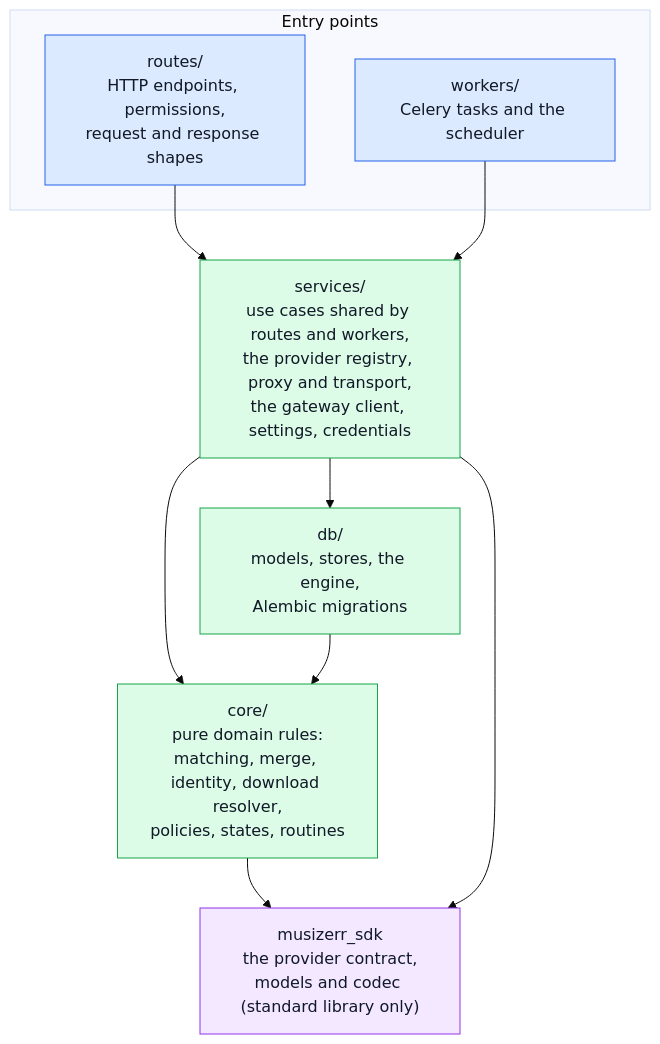
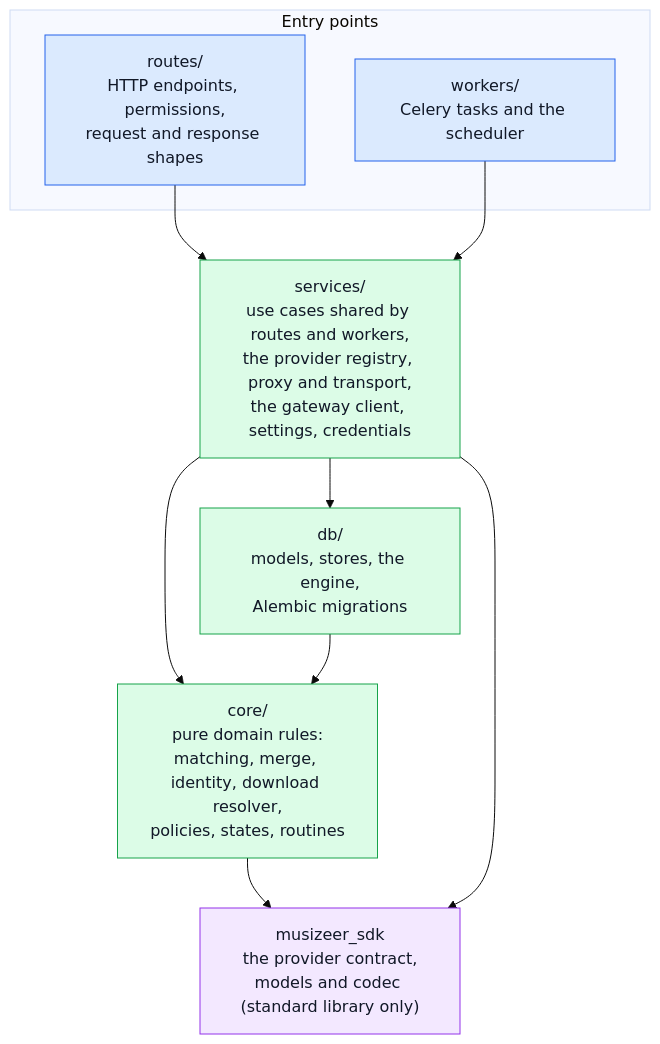
Before and after one commit to sossiogll/musizerr: the second of 6 diagrams in docs/architecture.md, drawn with Mermaid (base theme). The commit also changed other lines of this file and 15 other files, not shown here.

````diff
--- a/docs/architecture.md
+++ b/docs/architecture.md
@@ -120,26 +120,26 @@
 ```mermaid
 flowchart TB
     subgraph entry["Entry points"]
         routes["routes/<br>HTTP endpoints, permissions,<br>request and response shapes"]
         workers["workers/<br>Celery tasks and the scheduler"]
     end
     services["services/<br>use cases shared by routes and workers,<br>the provider registry, proxy and transport,<br>the gateway client, settings, credentials"]
     db["db/<br>models, stores, the engine,<br>Alembic migrations"]
     core["core/<br>pure domain rules:<br>matching, merge, identity, download resolver,<br>policies, states, routines"]
-    sdk["musizerr_sdk<br>the provider contract,<br>models and codec (standard library only)"]
+    sdk["musizeer_sdk<br>the provider contract,<br>models and codec (standard library only)"]
 
     routes --> services
     workers --> services
     services --> db
     services --> core
     db --> core
     core --> sdk
     services --> sdk
 
     classDef layer fill:#dcfce7,stroke:#16a34a,color:#111827
     classDef top fill:#dbeafe,stroke:#2563eb,color:#111827
     classDef contract fill:#f3e8ff,stroke:#9333ea,color:#111827
     class routes,workers top
     class services,db,core layer
     class sdk contract
 ```
````
